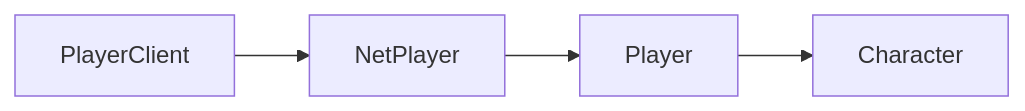
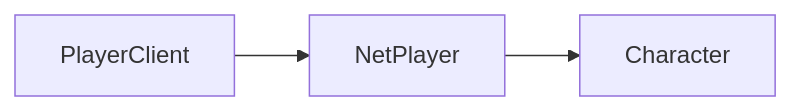
The diagram in docs/client-api/netplayer.mdx (jc4-mp/docs.jc4mp.com), drawn with Mermaid before and after one commit. The commit also changed other lines of this file and 7 other files, not shown here.

````diff
--- a/docs/client-api/netplayer.mdx
+++ b/docs/client-api/netplayer.mdx
@@ -16,10 +15,8 @@
 ```mermaid
 flowchart LR
   PlayerClient --> NetPlayer
-  NetPlayer --> Player
-  Player --> Character
+  NetPlayer --> Character
   click PlayerClient href "/client-api/playerclient" "PlayerClient"
   click NetPlayer href "/client-api/netplayer" "NetPlayer"
-  click Player href "/client-api/player" "Player"
   click Character href "/client-api/character" "Character"
 ```
````
